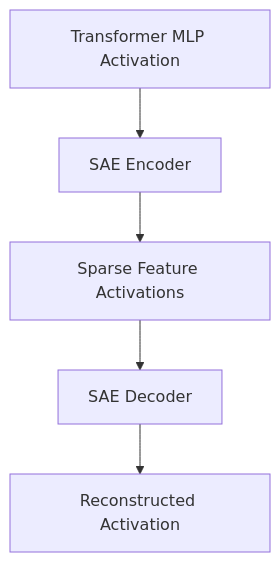
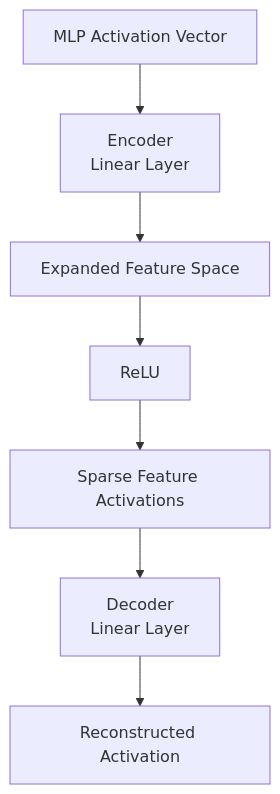
Before and after one commit to humairasoudagar/sparse-autoencoder-interpretability: the third of 12 diagrams in papers/anthropic-monosemanticity.md, drawn with Mermaid. The commit also changed other lines of this file, not shown here.

````diff
--- a/papers/anthropic-monosemanticity.md
+++ b/papers/anthropic-monosemanticity.md
@@ -371,7 +391,9 @@
 ```mermaid
 flowchart TD
-    A[Transformer MLP Activation] --> B[SAE Encoder]
-    B --> C[Sparse Feature Activations]
-    C --> D[SAE Decoder]
-    D --> E[Reconstructed Activation]
+    A[MLP Activation Vector] --> B[Encoder<br>Linear Layer]
+    B --> C[Expanded Feature Space]
+    C --> D[ReLU]
+    D --> E[Sparse Feature Activations]
+    E --> F[Decoder<br>Linear Layer]
+    F --> G[Reconstructed Activation]
 ```
````
